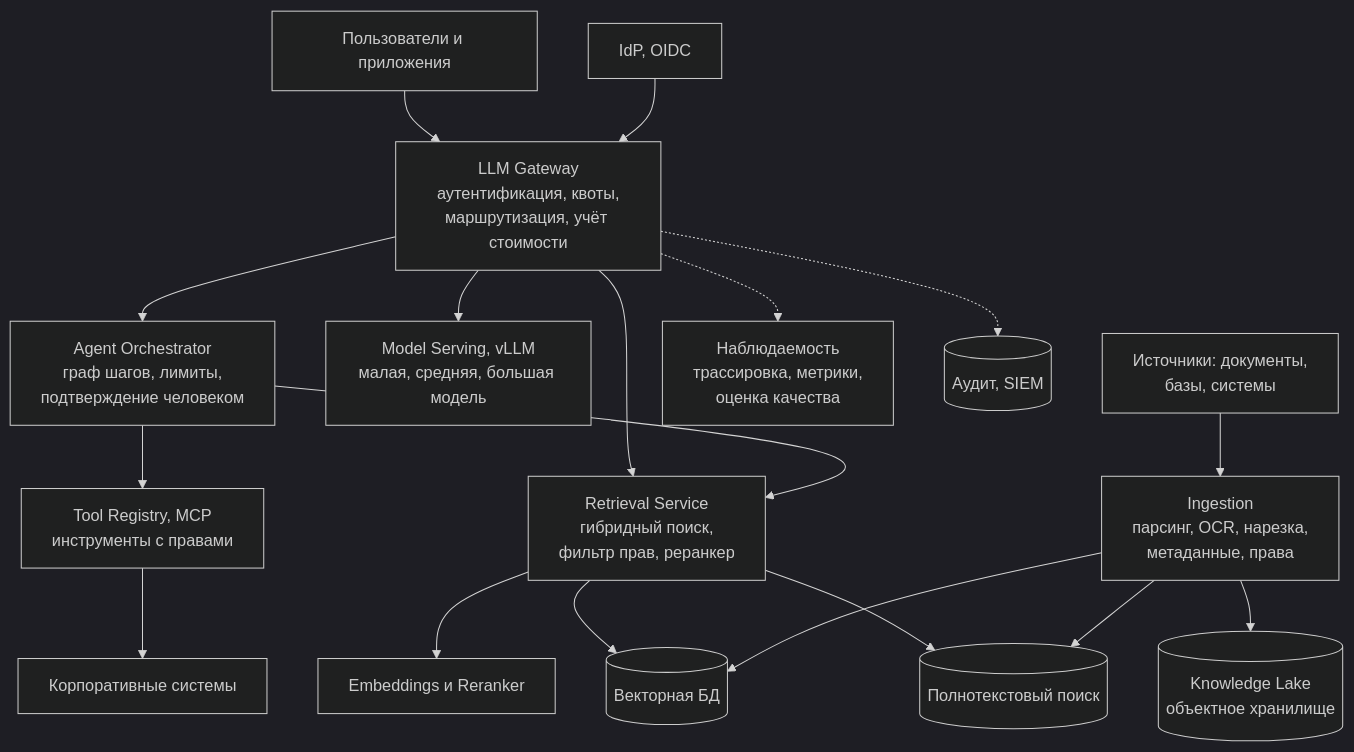
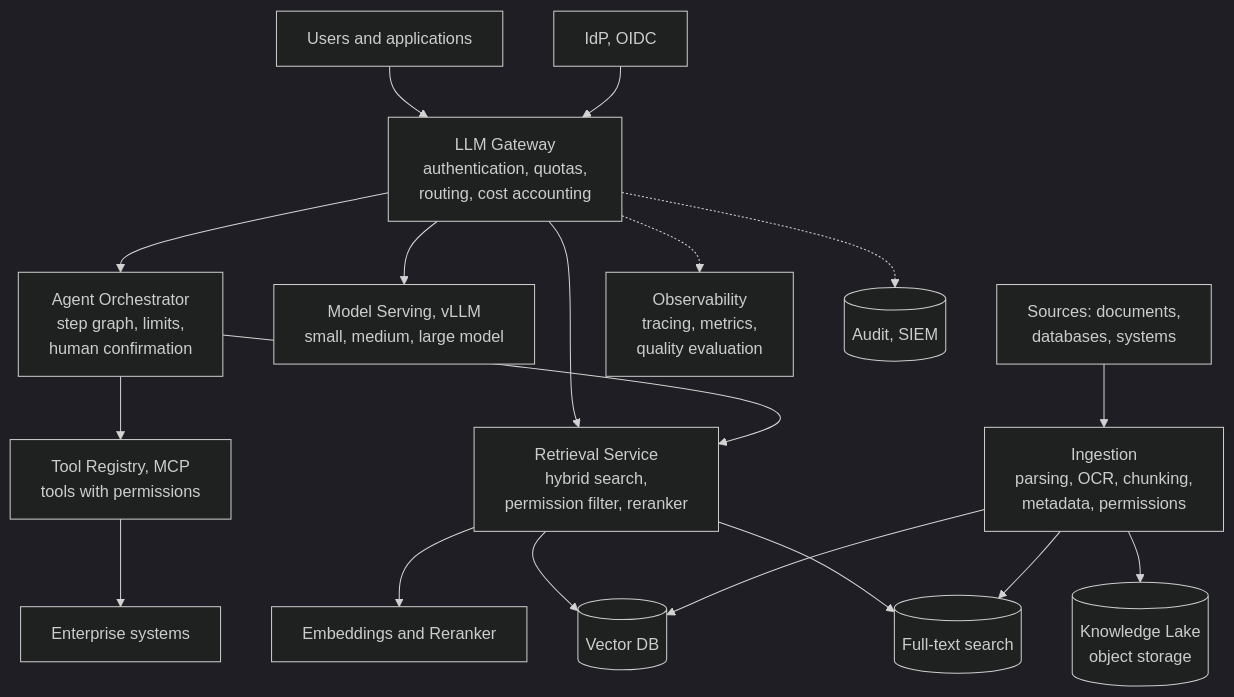
Before and after one commit to kuntsman-prog/llm-infra-sizing: the diagram in AI_PLATFORM_ARCHITECTURE.md, drawn with Mermaid (dark theme). The commit also changed other lines of this file, not shown here.

````diff
--- a/AI_PLATFORM_ARCHITECTURE.md
+++ b/AI_PLATFORM_ARCHITECTURE.md
@@ -27,20 +29,20 @@
 ```mermaid
 flowchart TB
-    U[Пользователи и приложения] --> GW[LLM Gateway<br/>аутентификация, квоты,<br/>маршрутизация, учёт стоимости]
-    GW --> AG[Agent Orchestrator<br/>граф шагов, лимиты,<br/>подтверждение человеком]
-    GW --> RAG[Retrieval Service<br/>гибридный поиск,<br/>фильтр прав, реранкер]
-    AG --> TR[Tool Registry, MCP<br/>инструменты с правами]
+    U[Users and applications] --> GW[LLM Gateway<br/>authentication, quotas,<br/>routing, cost accounting]
+    GW --> AG[Agent Orchestrator<br/>step graph, limits,<br/>human confirmation]
+    GW --> RAG[Retrieval Service<br/>hybrid search,<br/>permission filter, reranker]
+    AG --> TR[Tool Registry, MCP<br/>tools with permissions]
     AG --> RAG
-    GW --> SRV[Model Serving, vLLM<br/>малая, средняя, большая модель]
-    RAG --> EMB[Embeddings и Reranker]
-    RAG --> VDB[(Векторная БД)]
-    RAG --> FTS[(Полнотекстовый поиск)]
-    ING[Ingestion<br/>парсинг, OCR, нарезка,<br/>метаданные, права] --> LAKE[(Knowledge Lake<br/>объектное хранилище)]
+    GW --> SRV[Model Serving, vLLM<br/>small, medium, large model]
+    RAG --> EMB[Embeddings and Reranker]
+    RAG --> VDB[(Vector DB)]
+    RAG --> FTS[(Full-text search)]
+    ING[Ingestion<br/>parsing, OCR, chunking,<br/>metadata, permissions] --> LAKE[(Knowledge Lake<br/>object storage)]
     ING --> VDB
     ING --> FTS
-    SRC[Источники: документы,<br/>базы, системы] --> ING
-    GW -.-> OBS[Наблюдаемость<br/>трассировка, метрики,<br/>оценка качества]
-    GW -.-> AUD[(Аудит, SIEM)]
+    SRC[Sources: documents,<br/>databases, systems] --> ING
+    GW -.-> OBS[Observability<br/>tracing, metrics,<br/>quality evaluation]
+    GW -.-> AUD[(Audit, SIEM)]
     IDP[IdP, OIDC] --> GW
-    TR --> EXT[Корпоративные системы]
+    TR --> EXT[Enterprise systems]
 ```
````
